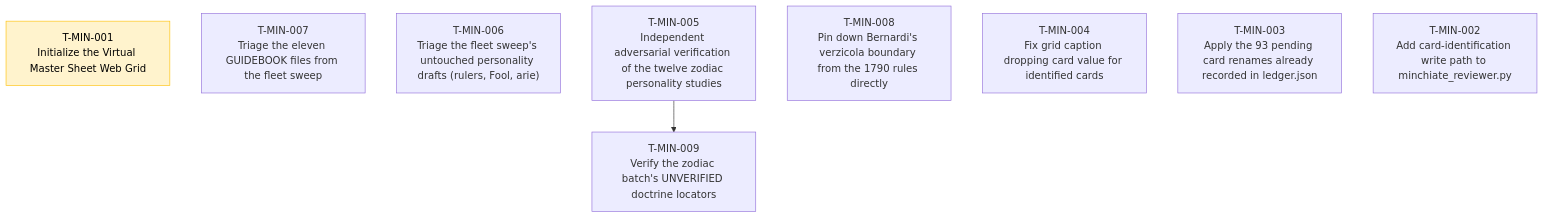
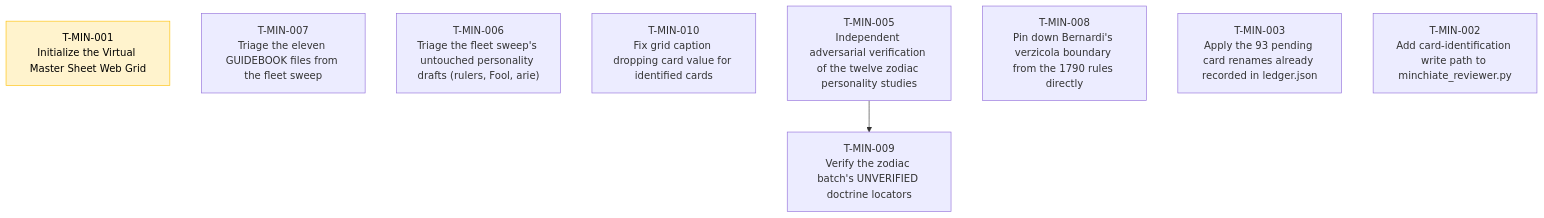
The diagram in TASKS.md (wgmilleriii/task_coordinator), drawn with Mermaid before and after one commit. The commit also changed other lines of this file and 5 other files, not shown here.

````diff
--- a/TASKS.md
+++ b/TASKS.md
@@ -7,17 +7,17 @@
 ```mermaid
 graph TD
     classDef done fill:#d4edda,stroke:#28a745,color:#000;
     classDef blocked fill:#f8d7da,stroke:#dc3545,color:#000;
     classDef review fill:#fff3cd,stroke:#ffc107,color:#000;
     classDef active fill:#cce5ff,stroke:#007bff,color:#000;
     T-MIN-001["T-MIN-001<br/>Initialize the Virtual Master Sheet Web Grid"]:::review
     T-MIN-007["T-MIN-007<br/>Triage the eleven GUIDEBOOK files from the fleet sweep"]
     T-MIN-006["T-MIN-006<br/>Triage the fleet sweep's untouched personality drafts (rulers, Fool, arie)"]
+    T-MIN-010["T-MIN-010<br/>Fix grid caption dropping card value for identified cards"]
     T-MIN-005["T-MIN-005<br/>Independent adversarial verification of the twelve zodiac personality studies"]
     T-MIN-009["T-MIN-009<br/>Verify the zodiac batch's UNVERIFIED doctrine locators"]
     T-MIN-005 --> T-MIN-009
     T-MIN-008["T-MIN-008<br/>Pin down Bernardi's verzicola boundary from the 1790 rules directly"]
-    T-MIN-004["T-MIN-004<br/>Fix grid caption dropping card value for identified cards"]
     T-MIN-003["T-MIN-003<br/>Apply the 93 pending card renames already recorded in ledger.json"]
     T-MIN-002["T-MIN-002<br/>Add card-identification write path to minchiate_reviewer.py"]
 ```
````
